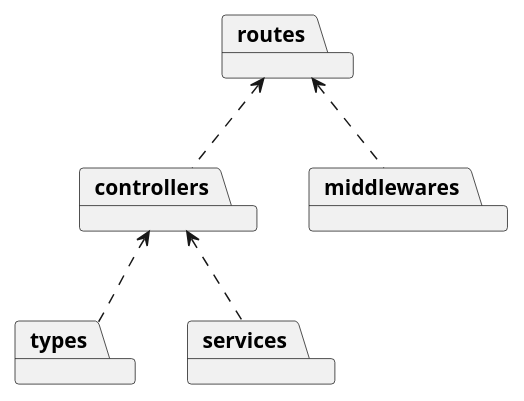
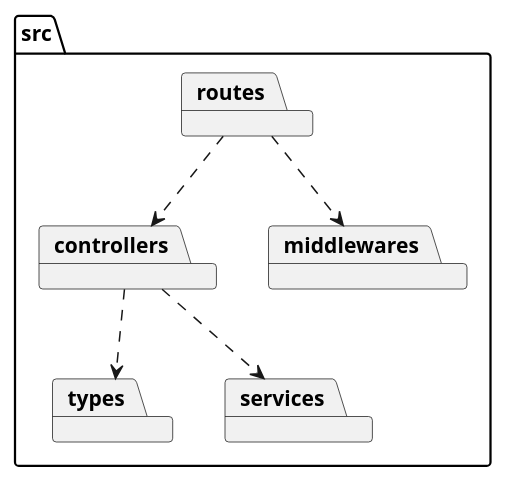
Before and after one commit to MusikStreaming/MusikStreamingBE: the diagram in diagrams/packages/package.puml, drawn with PlantUML. The commit also changed 8 other files, not shown here.

Commit message:
[UPDATE]: Drawing diagrams... Ugh

```diff
--- a/diagrams/packages/package.puml
+++ b/diagrams/packages/package.puml
@@ -1,20 +1,17 @@
 @startuml
 
-package controllers
+package src {
+    package controllers
+    package middlewares
+    package types
+    package routes
+    package services
 
-package middlewares
+    controllers ..> services
+    controllers ..> types
 
-package types
-
-package routes
-
-package services
-
-controllers <.. services
-controllers <.. types
-
-routes <.. controllers
-routes <.. middlewares
-
+    routes ..> controllers
+    routes ..> middlewares
+}
 
 @enduml
```
